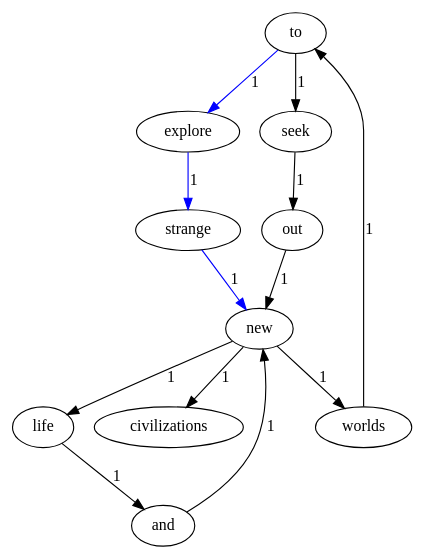
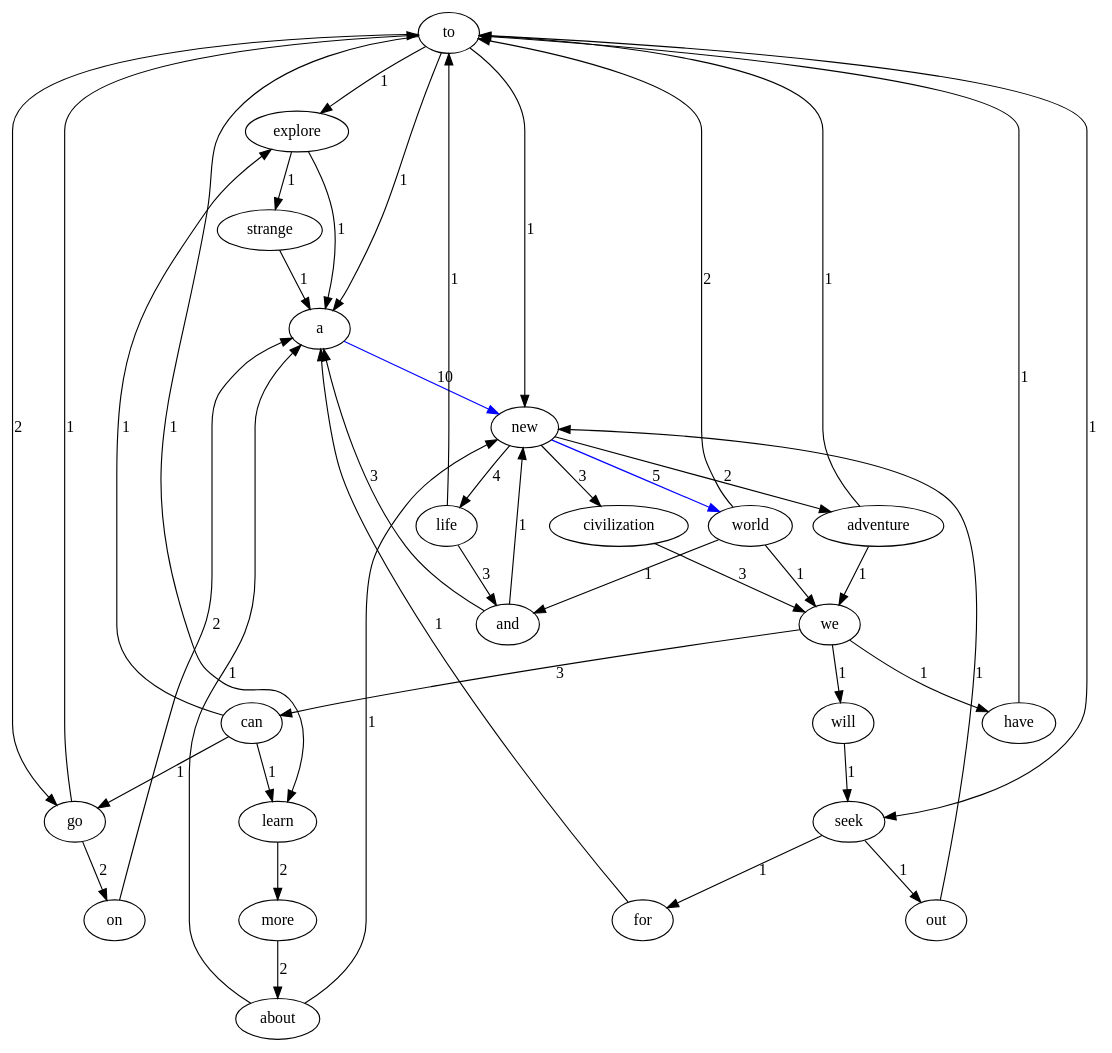
One commit to uprightderran/myGUI4lab1 changed the diagram in src/file/normal/Graph.dot. Above: the diagram before and after it, drawn with Graphviz. The commit also changed 38 other files, not shown here.

```diff
--- a/src/file/normal/Graph.dot
+++ b/src/file/normal/Graph.dot
@@ -1,24 +1,67 @@
 digraph TextGraph {
 to;
 explore;
 strange;
+a;
 new;
-worlds;
+world;
+and;
+life;
+civilization;
+we;
+can;
+go;
+on;
+adventure;
 seek;
 out;
-life;
-and;
-civilizations;
-to -> explore [label = 1, color = blue];
-explore -> strange [label = 1, color = blue];
-strange -> new [label = 1, color = blue];
-new -> worlds [label = 1];
-worlds -> to [label = 1];
-new -> life [label = 1];
-life -> and [label = 1];
+learn;
+more;
+about;
+have;
+will;
+for;
+to -> explore [label = 1];
+explore -> strange [label = 1];
+strange -> a [label = 1];
+a -> new [label = 10, color = blue];
+new -> world [label = 5, color = blue];
+world -> and [label = 1];
+and -> a [label = 3];
 and -> new [label = 1];
-new -> civilizations [label = 1];
-to -> seek [label = 1];
+world -> to [label = 2];
+world -> we [label = 1];
+we -> can [label = 3];
+can -> go [label = 1];
+go -> on [label = 2];
+on -> a [label = 2];
+go -> to [label = 1];
+can -> learn [label = 1];
+learn -> more [label = 2];
+more -> about [label = 2];
+about -> a [label = 1];
+about -> new [label = 1];
+can -> explore [label = 1];
+we -> have [label = 1];
+have -> to [label = 1];
+we -> will [label = 1];
+will -> seek [label = 1];
 seek -> out [label = 1];
 out -> new [label = 1];
+seek -> for [label = 1];
+for -> a [label = 1];
+new -> life [label = 4];
+life -> and [label = 3];
+life -> to [label = 1];
+new -> civilization [label = 3];
+civilization -> we [label = 3];
+new -> adventure [label = 2];
+adventure -> to [label = 1];
+adventure -> we [label = 1];
+explore -> a [label = 1];
+to -> seek [label = 1];
+to -> go [label = 2];
+to -> a [label = 1];
+to -> learn [label = 1];
+to -> new [label = 1];
 }
```
